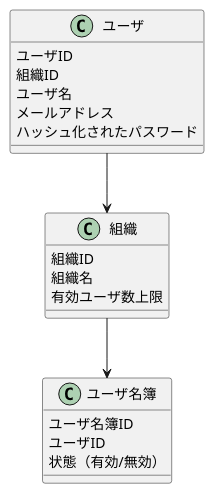
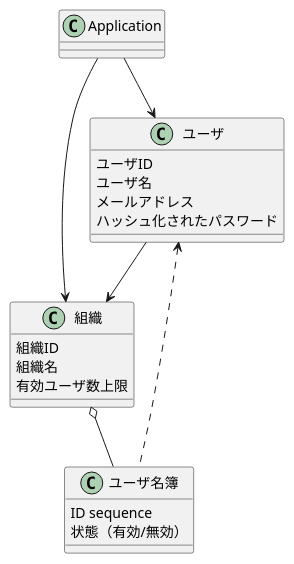
Before and after one commit to turanukimaru/fehs: the diagram in fehsbattlemodel/uml/組織ユーザ.puml, drawn with PlantUML. The commit also changed 2 other files, not shown here.

```diff
--- a/fehsbattlemodel/uml/組織ユーザ.puml
+++ b/fehsbattlemodel/uml/組織ユーザ.puml
@@ -1,26 +1,29 @@
 @startuml
 
+class "Application" as Viewer {
+}
 class "組織" as Entity {
     組織ID
     組織名
     有効ユーザ数上限
 }
 
 class "ユーザ名簿" as Names {
-    ユーザ名簿ID
-    ユーザID
+    ID sequence
     状態（有効/無効）
 }
 
 class "ユーザ" as User {
     ユーザID
-    組織ID
     ユーザ名
     メールアドレス
     ハッシュ化されたパスワード
 }
 
-Entity --> Names
+Viewer --> User
+Viewer --> Entity
 User --> Entity
+Entity o-- Names
+User <.. Names
 
 @enduml
```
